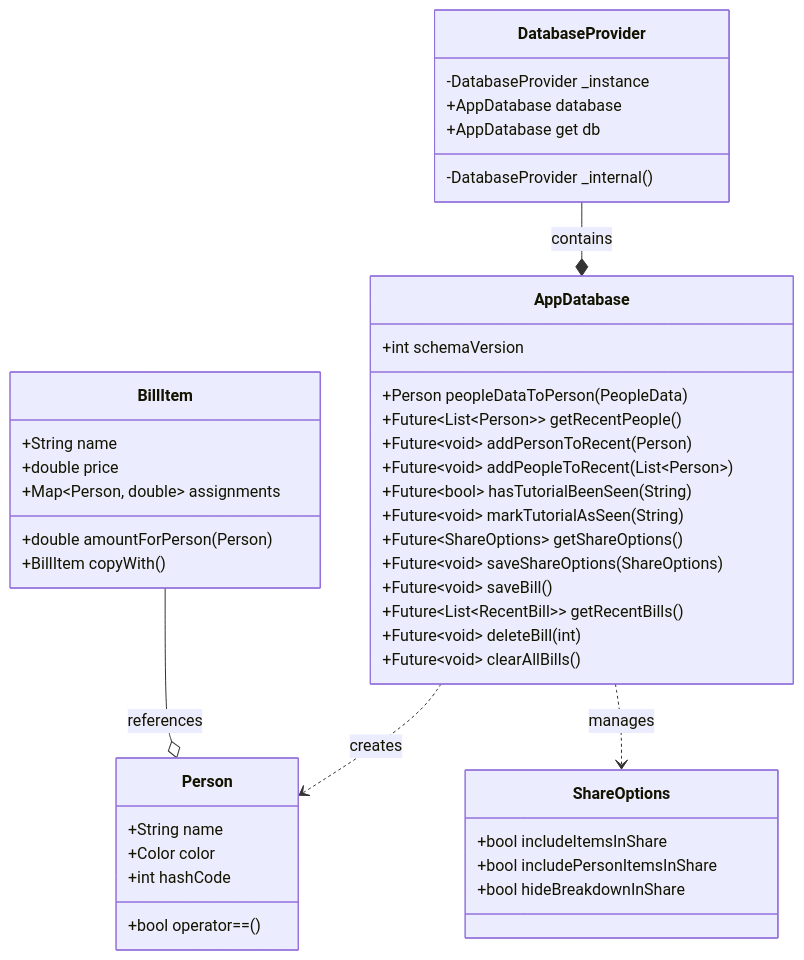
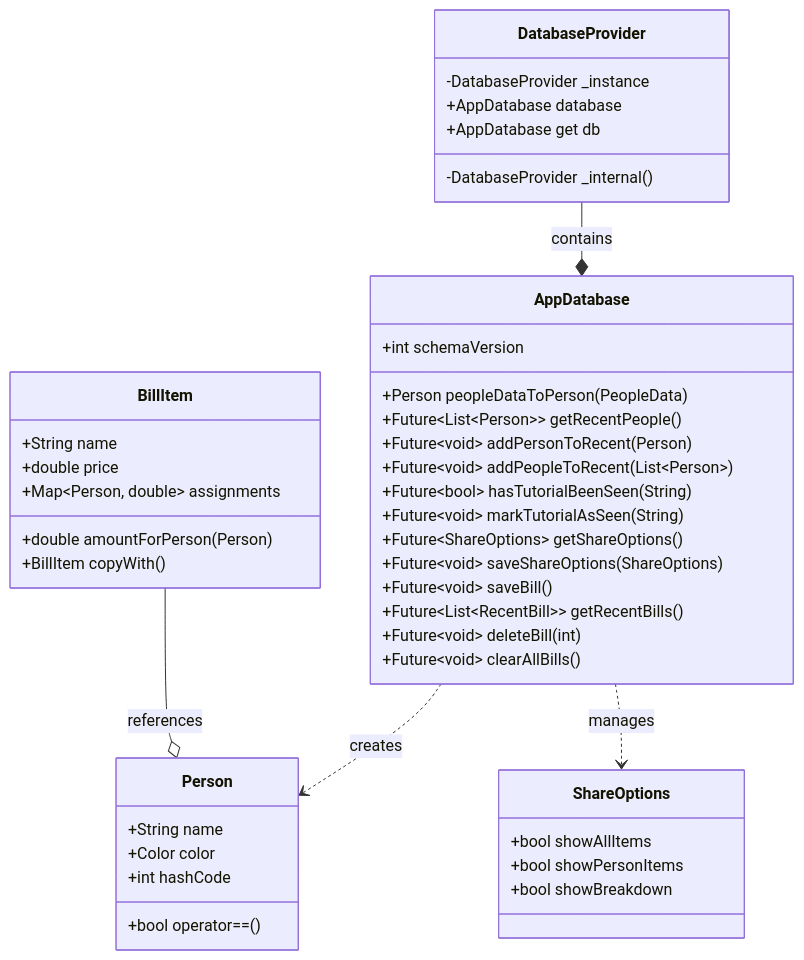
One commit to LLRHook/checksinmyhead changed the fourth of 6 diagrams in docs/architecture.md. Above: the diagram before and after it, drawn with Mermaid. The commit also changed 5 other files, not shown here.

````diff
--- a/docs/architecture.md
+++ b/docs/architecture.md
@@ -254,51 +254,51 @@
 ```mermaid
 classDiagram
     class Person {
         +String name
         +Color color
         +bool operator==()
         +int hashCode
     }
 
     class BillItem {
         +String name
         +double price
         +Map~Person, double~ assignments
         +double amountForPerson(Person)
         +BillItem copyWith()
     }
 
     class AppDatabase {
         +int schemaVersion
         +Person peopleDataToPerson(PeopleData)
         +Future~List~Person~~ getRecentPeople()
         +Future~void~ addPersonToRecent(Person)
         +Future~void~ addPeopleToRecent(List~Person~)
         +Future~bool~ hasTutorialBeenSeen(String)
         +Future~void~ markTutorialAsSeen(String)
         +Future~ShareOptions~ getShareOptions()
         +Future~void~ saveShareOptions(ShareOptions)
         +Future~void~ saveBill()
         +Future~List~RecentBill~~ getRecentBills()
         +Future~void~ deleteBill(int)
         +Future~void~ clearAllBills()
     }
 
     class DatabaseProvider {
         -DatabaseProvider _instance
         +AppDatabase database
         +AppDatabase get db
         -DatabaseProvider _internal()
     }
 
     class ShareOptions {
-        +bool includeItemsInShare
-        +bool includePersonItemsInShare
-        +bool hideBreakdownInShare
+        +bool showAllItems
+        +bool showPersonItems
+        +bool showBreakdown
     }
 
     DatabaseProvider --* AppDatabase : contains
     BillItem --o Person : references
     AppDatabase ..> Person : creates
     AppDatabase ..> ShareOptions : manages
 ```
````
